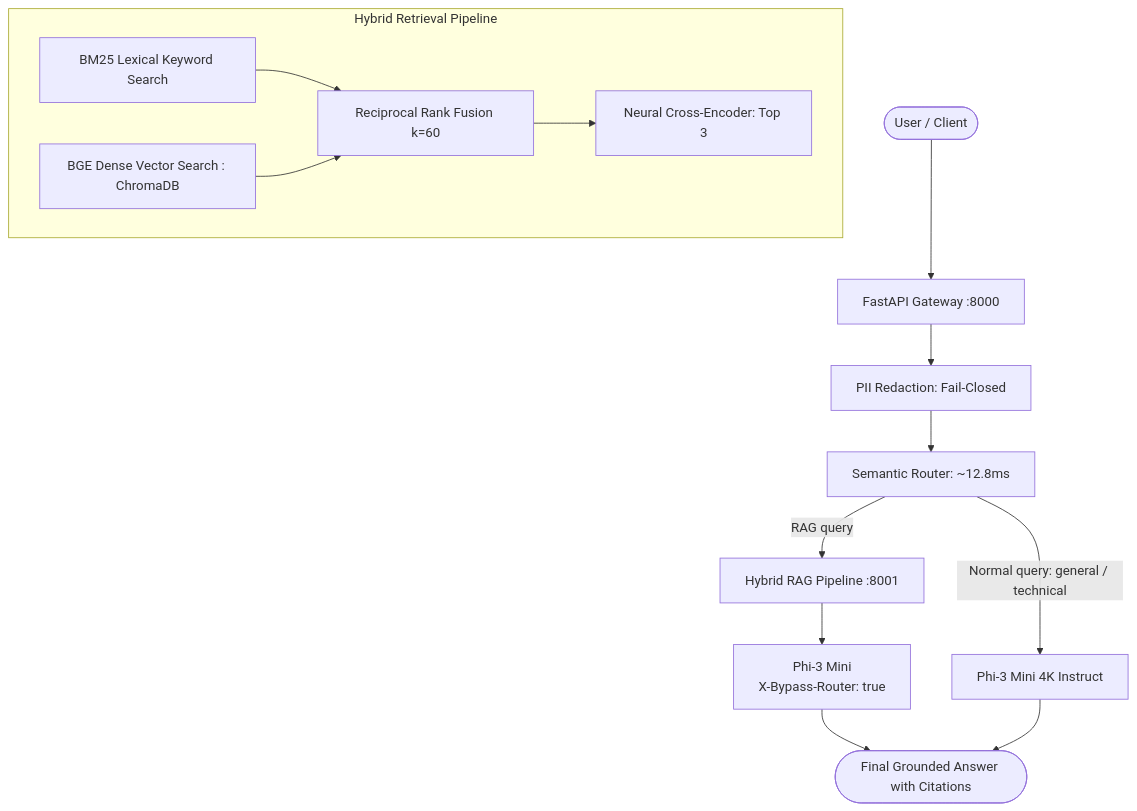
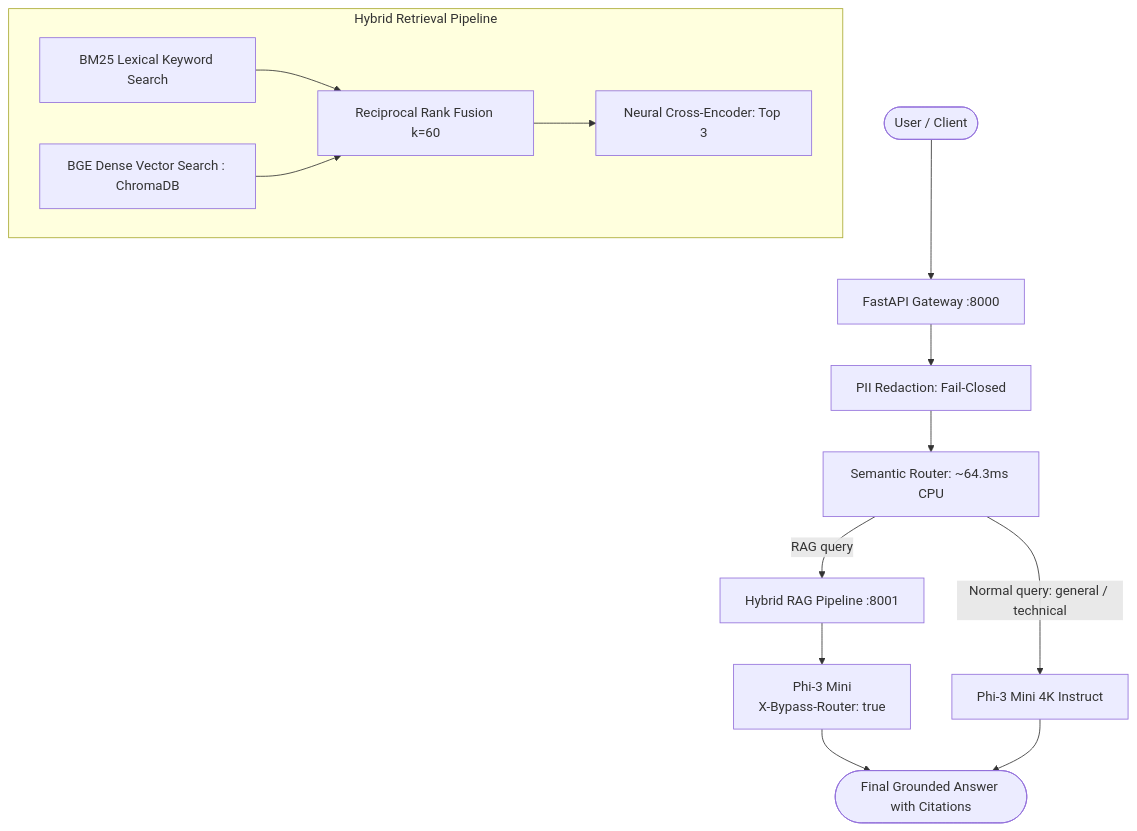
One commit to LakshyaK04/Ericsson-SLM-Gateway changed the diagram in README.md. Above: the diagram before and after it, drawn with Mermaid. The commit also changed other lines of this file and 31 other files, not shown here.

````diff
--- a/README.md
+++ b/README.md
@@ -57,23 +57,23 @@
 ```mermaid
 graph TD
     Client([User / Client]) --> Gateway[FastAPI Gateway :8000]
     Gateway --> PII[PII Redaction: Fail-Closed]
-    PII --> Router[Semantic Router: ~12.8ms]
+    PII --> Router[Semantic Router: ~64.3ms CPU]
     
     Router -->|Normal query: general / technical| LocalModel[Phi-3 Mini 4K Instruct]
     Router -->|RAG query| RAG[Hybrid RAG Pipeline :8001]
     
     subgraph Hybrid Retrieval Pipeline
         BM25[BM25 Lexical Keyword Search]
         Dense[BGE Dense Vector Search : ChromaDB]
         RRF[Reciprocal Rank Fusion k=60]
         Rerank[Neural Cross-Encoder: Top 3]
         BM25 --> RRF
         Dense --> RRF
         RRF --> Rerank
     end
     
     RAG --> GroundedModel[Phi-3 Mini<br/>X-Bypass-Router: true]
     GroundedModel --> Answer([Final Grounded Answer with Citations])
     LocalModel --> Answer
 ```
````
